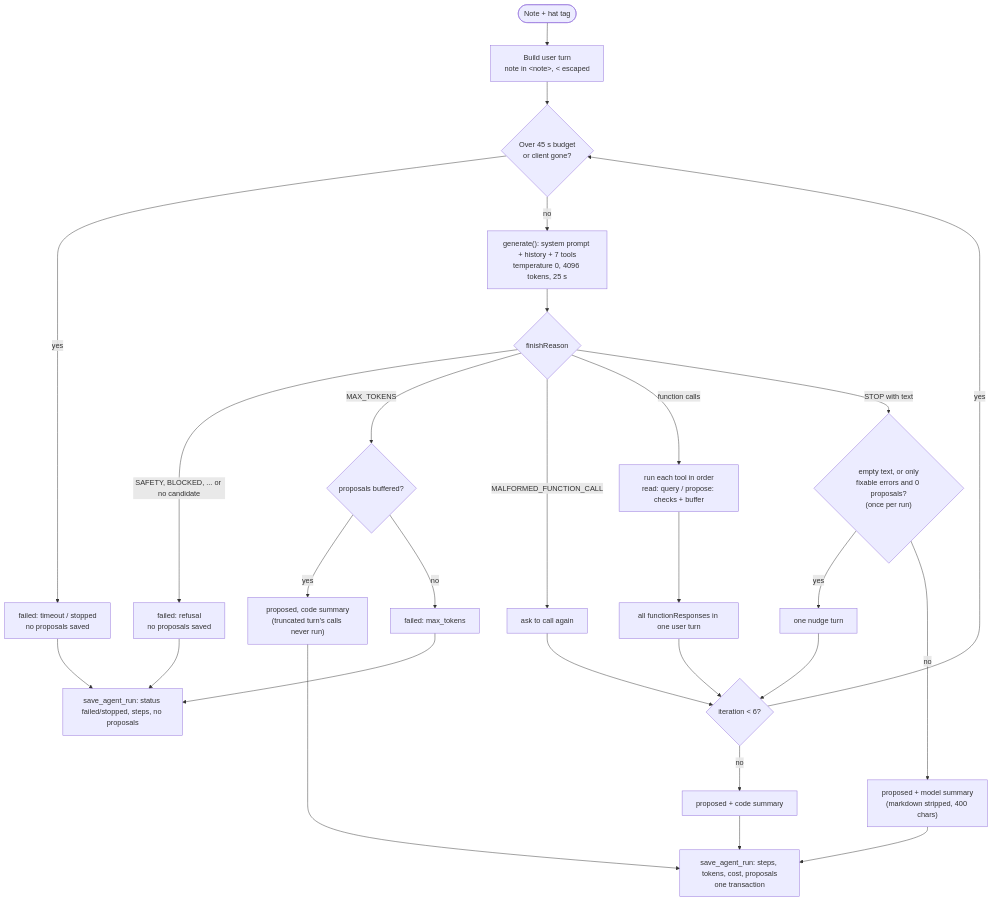
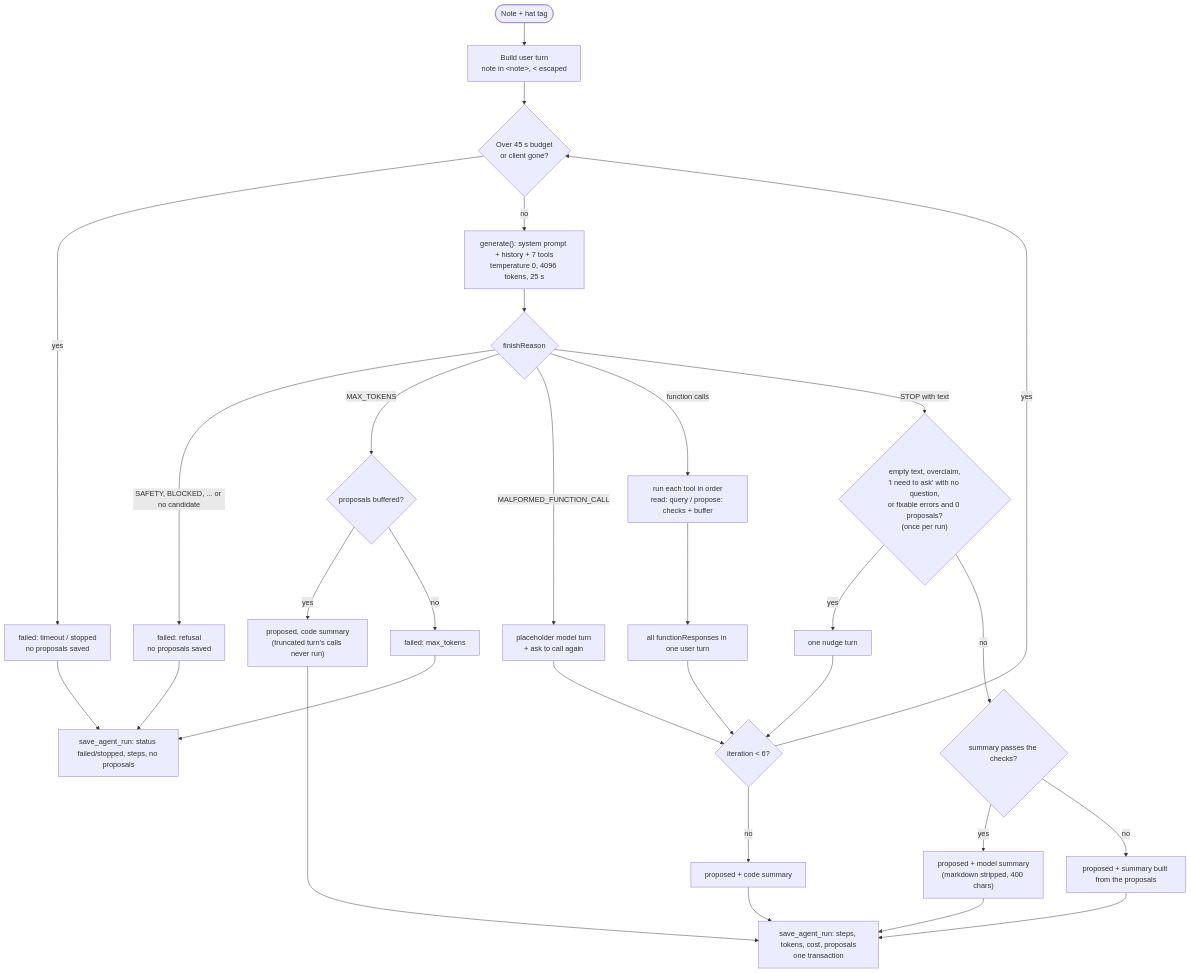
Before and after one commit to xaviramirezcom/toquilla-trace: the first of 2 diagrams in docs/AI.md, drawn with Mermaid. The commit also changed other lines of this file and 26 other files, not shown here.

````diff
--- a/docs/AI.md
+++ b/docs/AI.md
@@ -69,22 +69,24 @@
 ```mermaid
 flowchart TD
   S([Note + hat tag]) --> U["Build user turn<br/>note in &lt;note&gt;, &lt; escaped"]
   U --> B{"Over 45 s budget<br/>or client gone?"}
   B -->|yes| F1["failed: timeout / stopped<br/>no proposals saved"]
   B -->|no| M["generate(): system prompt + history + 7 tools<br/>temperature 0, 4096 tokens, 25 s"]
   M --> R{"finishReason"}
   R -->|"SAFETY, BLOCKED, ... or no candidate"| F2["failed: refusal<br/>no proposals saved"]
   R -->|MAX_TOKENS| T{"proposals buffered?"}
   T -->|yes| OK2["proposed, code summary<br/>(truncated turn's calls never run)"]
   T -->|no| F3[failed: max_tokens]
-  R -->|MALFORMED_FUNCTION_CALL| RE["ask to call again"] --> I
+  R -->|MALFORMED_FUNCTION_CALL| RE["placeholder model turn<br/>+ ask to call again"] --> I
   R -->|function calls| X["run each tool in order<br/>read: query / propose: checks + buffer"]
   X --> FR["all functionResponses in one user turn"] --> I
-  R -->|STOP with text| N{"empty text, or only<br/>fixable errors and 0 proposals?<br/>(once per run)"}
+  R -->|STOP with text| N{"empty text, overclaim,<br/>'I need to ask' with no question,<br/>or fixable errors and 0 proposals?<br/>(once per run)"}
   N -->|yes| NU["one nudge turn"] --> I
-  N -->|no| OK["proposed + model summary<br/>(markdown stripped, 400 chars)"]
+  N -->|no| SC{"summary passes the checks?"}
+  SC -->|yes| OK["proposed + model summary<br/>(markdown stripped, 400 chars)"]
+  SC -->|no| OK4["proposed + summary built from the proposals"]
   I{"iteration < 6?"} -->|yes| B
   I -->|no| OK3["proposed + code summary"]
-  OK & OK2 & OK3 --> SAVE["save_agent_run: steps, tokens, cost, proposals<br/>one transaction"]
+  OK & OK2 & OK3 & OK4 --> SAVE["save_agent_run: steps, tokens, cost, proposals<br/>one transaction"]
   F1 & F2 & F3 --> SAVE2["save_agent_run: status failed/stopped, steps, no proposals"]
 ```
````
